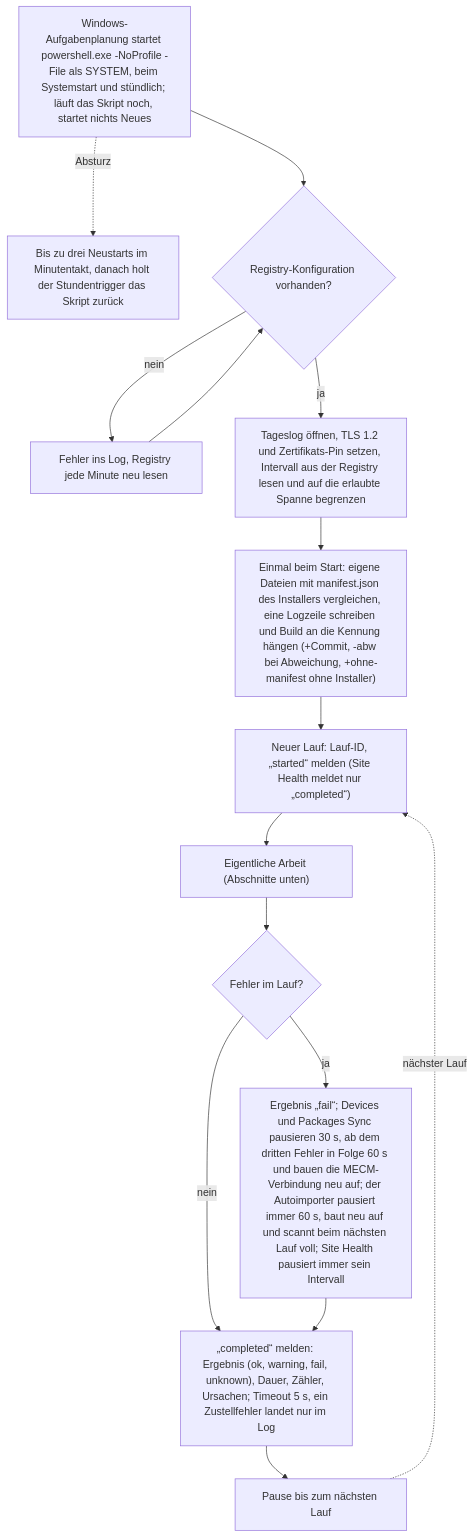
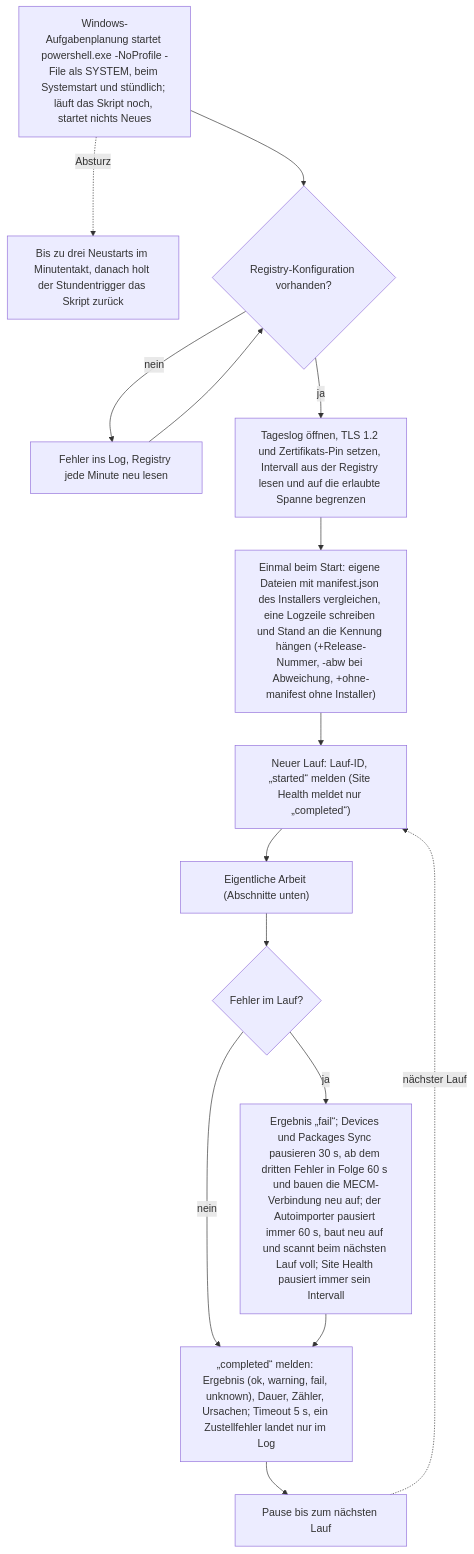
Before and after one commit to Samy94M/VirtuSphere-v2-WebApp: the first of 5 diagrams in docs/operations/mecm-scheduled-tasks.md, drawn with Mermaid. The commit also changed 42 other files, not shown here.

````diff
--- a/docs/operations/mecm-scheduled-tasks.md
+++ b/docs/operations/mecm-scheduled-tasks.md
@@ -20,17 +20,17 @@
 ```mermaid
 flowchart TD
   T["Windows-Aufgabenplanung startet powershell.exe -NoProfile -File als SYSTEM, beim Systemstart und stündlich; läuft das Skript noch, startet nichts Neues"]
   T -.->|Absturz| TR["Bis zu drei Neustarts im Minutentakt, danach holt der Stundentrigger das Skript zurück"]
   T --> C{"Registry-Konfiguration vorhanden?"}
   C -->|nein| CW["Fehler ins Log, Registry jede Minute neu lesen"] --> C
   C -->|ja| I["Tageslog öffnen, TLS 1.2 und Zertifikats-Pin setzen, Intervall aus der Registry lesen und auf die erlaubte Spanne begrenzen"]
-  I --> B["Einmal beim Start: eigene Dateien mit manifest.json des Installers vergleichen, eine Logzeile schreiben und Build an die Kennung hängen (+Commit, -abw bei Abweichung, +ohne-manifest ohne Installer)"]
+  I --> B["Einmal beim Start: eigene Dateien mit manifest.json des Installers vergleichen, eine Logzeile schreiben und Stand an die Kennung hängen (+Release-Nummer, -abw bei Abweichung, +ohne-manifest ohne Installer)"]
   B --> S["Neuer Lauf: Lauf-ID, „started“ melden (Site Health meldet nur „completed“)"]
   S --> A["Eigentliche Arbeit (Abschnitte unten)"]
   A --> F{"Fehler im Lauf?"}
   F -->|ja| E["Ergebnis „fail“; Devices und Packages Sync pausieren 30 s, ab dem dritten Fehler in Folge 60 s und bauen die MECM-Verbindung neu auf; der Autoimporter pausiert immer 60 s, baut neu auf und scannt beim nächsten Lauf voll; Site Health pausiert immer sein Intervall"]
   F -->|nein| D
   E --> D["„completed“ melden: Ergebnis (ok, warning, fail, unknown), Dauer, Zähler, Ursachen; Timeout 5 s, ein Zustellfehler landet nur im Log"]
   D --> P["Pause bis zum nächsten Lauf"]
   P -.->|nächster Lauf| S
 ```
````
